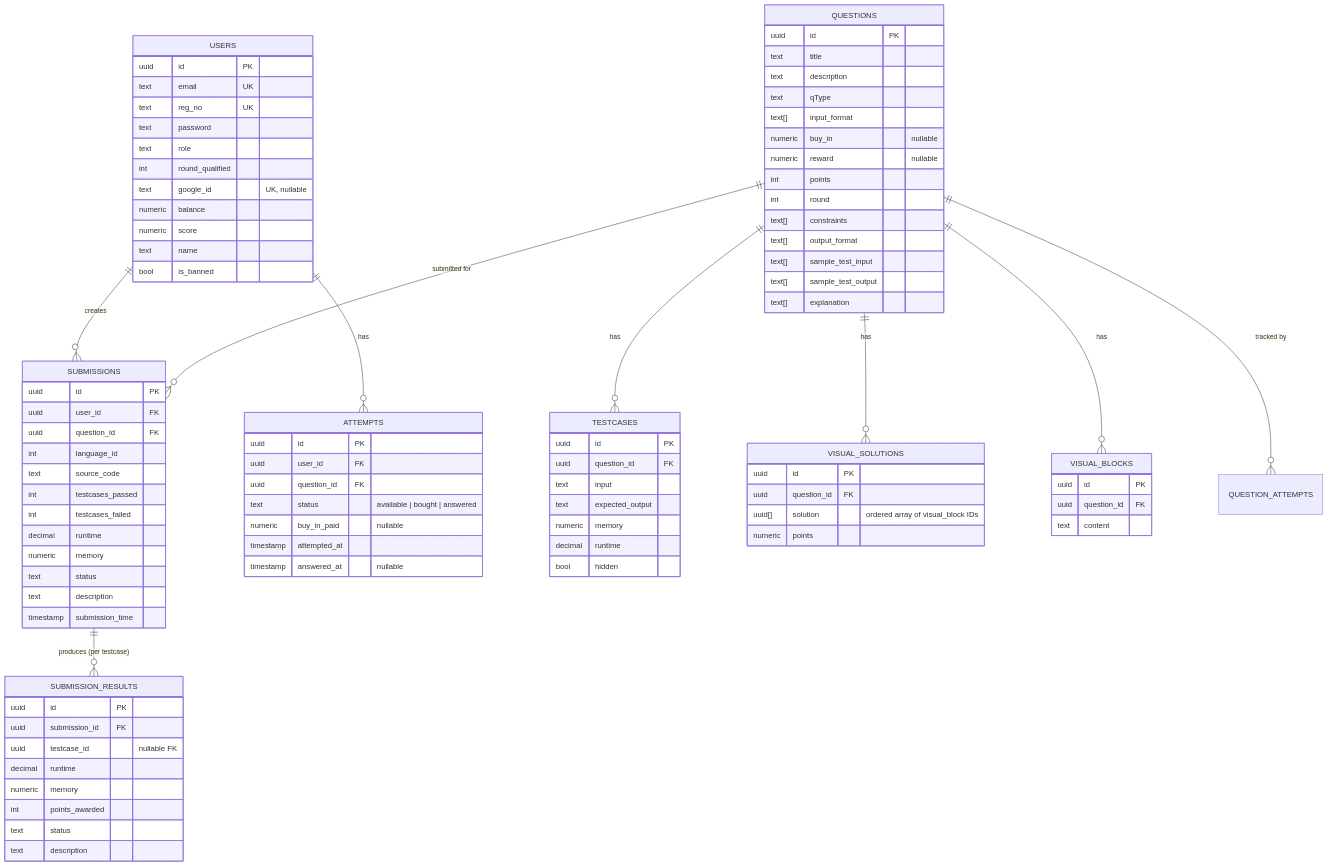
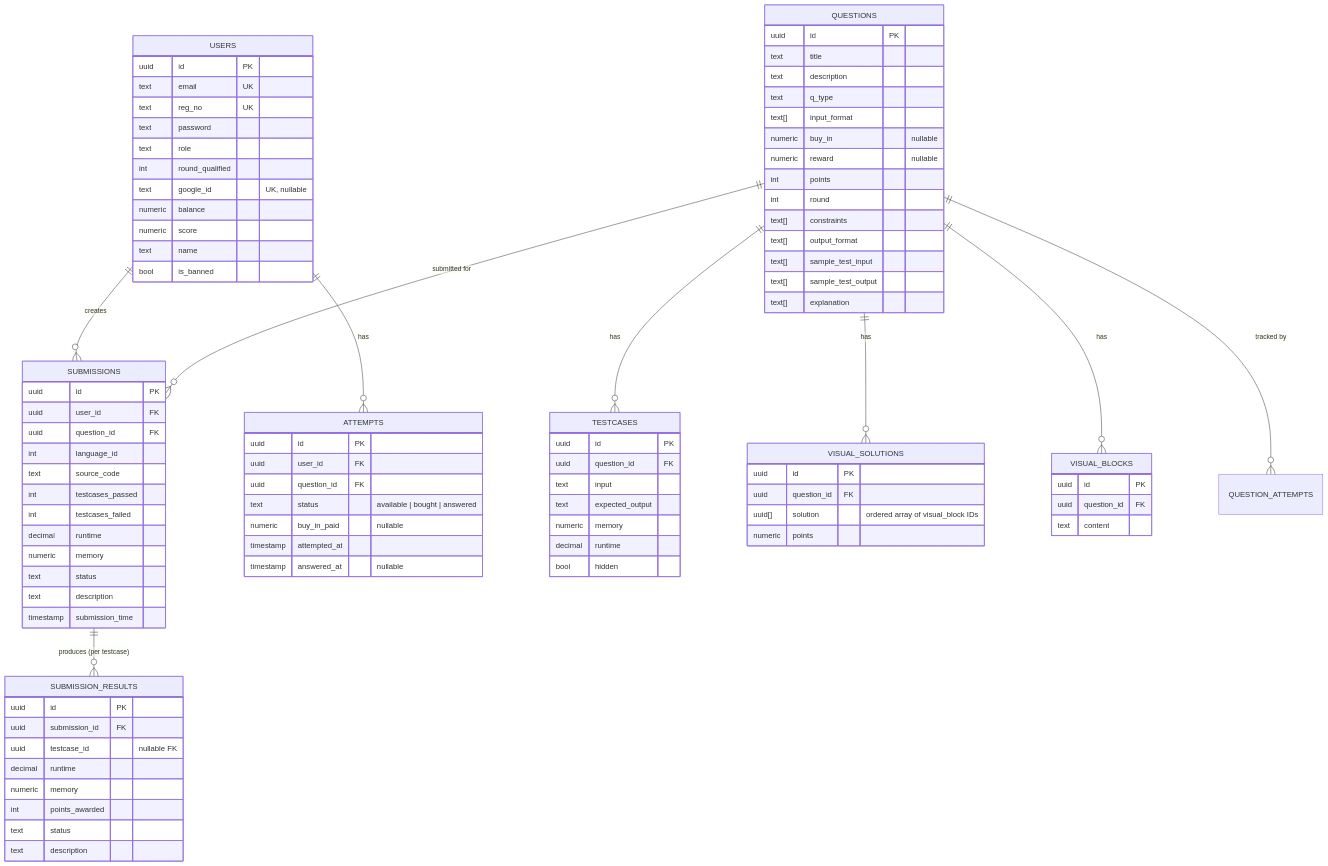
The first of 8 diagrams in docs/LLD.MD (CodeChefVIT/cookoff-11.0-be), drawn with Mermaid before and after one commit. The commit also changed other lines of this file and 5 other files, not shown here.

```diff
--- a/docs/LLD.MD
+++ b/docs/LLD.MD
@@ -89,7 +89,7 @@
         uuid id PK
         text title
         text description
-        text qType
+        text q_type
         text[] input_format
         numeric buy_in "nullable"
         numeric reward "nullable"
```
